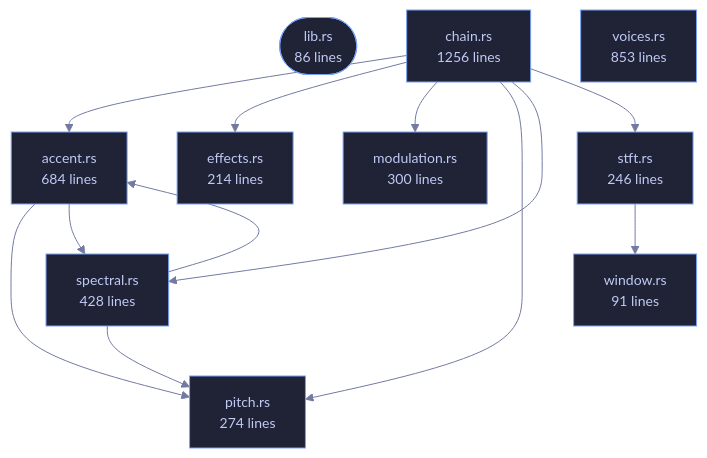
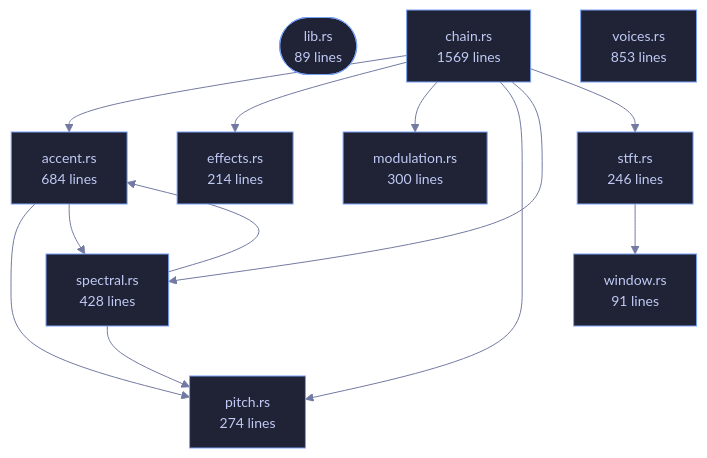
The diagram in crates/veilvoice-core/README.md (tilas01/veilvoice), drawn with Mermaid before and after one commit. The commit also changed other lines of this file and 37 other files, not shown here.

````diff
--- a/crates/veilvoice-core/README.md
+++ b/crates/veilvoice-core/README.md
@@ -105,35 +105,35 @@
 ```mermaid
 %%{init: {"theme":"base","themeVariables":{"background":"#1a1b26","primaryColor":"#1f2335","primaryTextColor":"#c0caf5","primaryBorderColor":"#7aa2f7","secondaryColor":"#16161e","tertiaryColor":"#16161e","lineColor":"#737aa2","textColor":"#c0caf5","mainBkg":"#1f2335","nodeBorder":"#7aa2f7","clusterBkg":"#16161e","clusterBorder":"#2f3549","fontFamily":"ui-monospace, SFMono-Regular, Consolas, monospace","fontSize":"14px"}}}%%
 flowchart TD
-    n_lib(["lib.rs<br/>86 lines"])
+    n_lib(["lib.rs<br/>89 lines"])
     n_accent["accent.rs<br/>684 lines"]
-    n_chain["chain.rs<br/>1256 lines"]
+    n_chain["chain.rs<br/>1569 lines"]
     n_effects["effects.rs<br/>214 lines"]
     n_modulation["modulation.rs<br/>300 lines"]
     n_pitch["pitch.rs<br/>274 lines"]
     n_spectral["spectral.rs<br/>428 lines"]
     n_stft["stft.rs<br/>246 lines"]
     n_voices["voices.rs<br/>853 lines"]
     n_window["window.rs<br/>91 lines"]
     n_accent --> n_pitch
     n_accent --> n_spectral
     n_chain --> n_accent
     n_chain --> n_effects
     n_chain --> n_modulation
     n_chain --> n_pitch
     n_chain --> n_spectral
     n_chain --> n_stft
     n_spectral --> n_accent
     n_spectral --> n_pitch
     n_stft --> n_window
     click n_lib href "https://github.com/tilas01/veilvoice/blob/main/crates/veilvoice-core/src/lib.rs" "open the source"
     click n_accent href "https://github.com/tilas01/veilvoice/blob/main/crates/veilvoice-core/src/accent.rs" "open the source"
     click n_chain href "https://github.com/tilas01/veilvoice/blob/main/crates/veilvoice-core/src/chain.rs" "open the source"
     click n_effects href "https://github.com/tilas01/veilvoice/blob/main/crates/veilvoice-core/src/effects.rs" "open the source"
     click n_modulation href "https://github.com/tilas01/veilvoice/blob/main/crates/veilvoice-core/src/modulation.rs" "open the source"
     click n_pitch href "https://github.com/tilas01/veilvoice/blob/main/crates/veilvoice-core/src/pitch.rs" "open the source"
     click n_spectral href "https://github.com/tilas01/veilvoice/blob/main/crates/veilvoice-core/src/spectral.rs" "open the source"
     click n_stft href "https://github.com/tilas01/veilvoice/blob/main/crates/veilvoice-core/src/stft.rs" "open the source"
     click n_voices href "https://github.com/tilas01/veilvoice/blob/main/crates/veilvoice-core/src/voices.rs" "open the source"
     click n_window href "https://github.com/tilas01/veilvoice/blob/main/crates/veilvoice-core/src/window.rs" "open the source"
 ```
````
